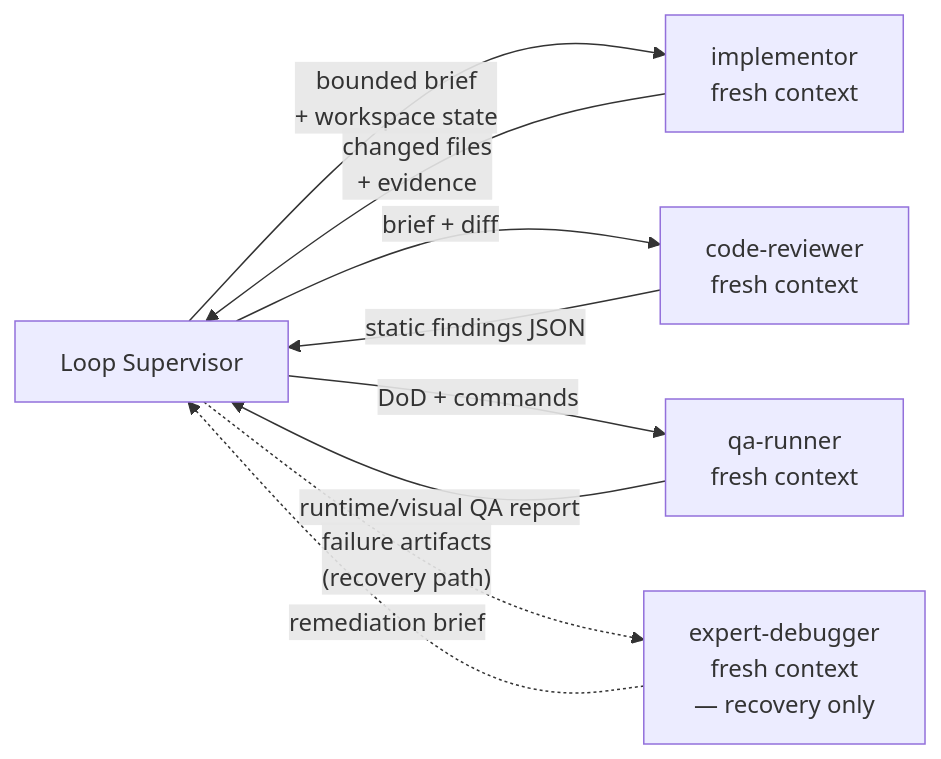
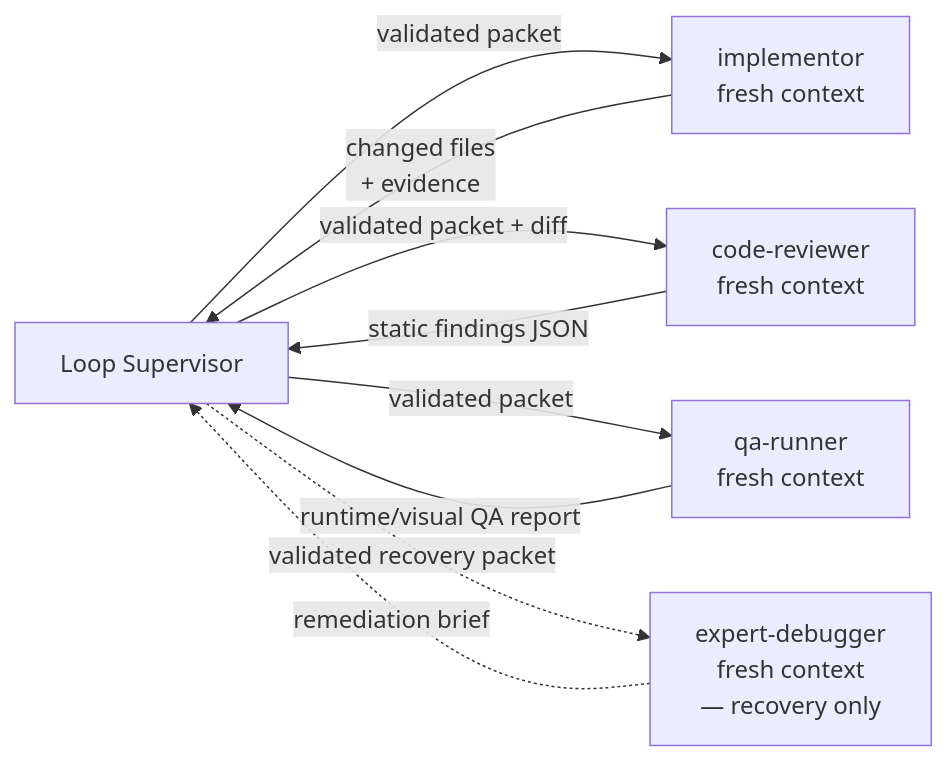
One commit to ericmaster/agent-fabric changed the second of 2 diagrams in docs/architecture/loop-supervisor.md. Above: the diagram before and after it, drawn with Mermaid. The commit also changed other lines of this file and 22 other files, not shown here.

````diff
--- a/docs/architecture/loop-supervisor.md
+++ b/docs/architecture/loop-supervisor.md
@@ -69,17 +84,17 @@
 ```mermaid
 flowchart LR
     LS[Loop Supervisor]
     IMP[implementor\nfresh context]
     CR[code-reviewer\nfresh context]
     QAR[qa-runner\nfresh context]
     DBG[expert-debugger\nfresh context\n— recovery only]
 
-    LS -->|"bounded brief\n+ workspace state"| IMP
+    LS -->|"validated packet"| IMP
     IMP -->|"changed files\n+ evidence"| LS
-    LS -->|"brief + diff"| CR
+    LS -->|"validated packet + diff"| CR
     CR -->|"static findings JSON"| LS
-    LS -->|"DoD + commands"| QAR
+    LS -->|"validated packet"| QAR
     QAR -->|"runtime/visual QA report"| LS
-    LS -.->|"failure artifacts\n(recovery path)"| DBG
+    LS -.->|"validated recovery packet"| DBG
     DBG -.->|"remediation brief"| LS
 ```
````
